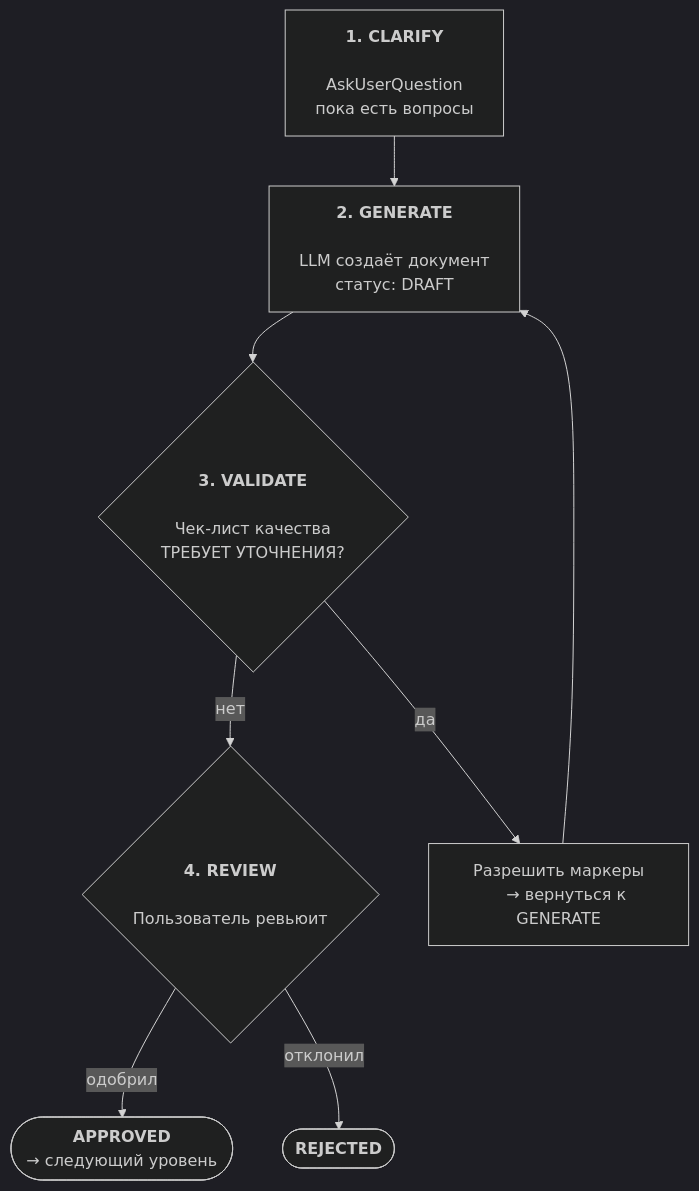
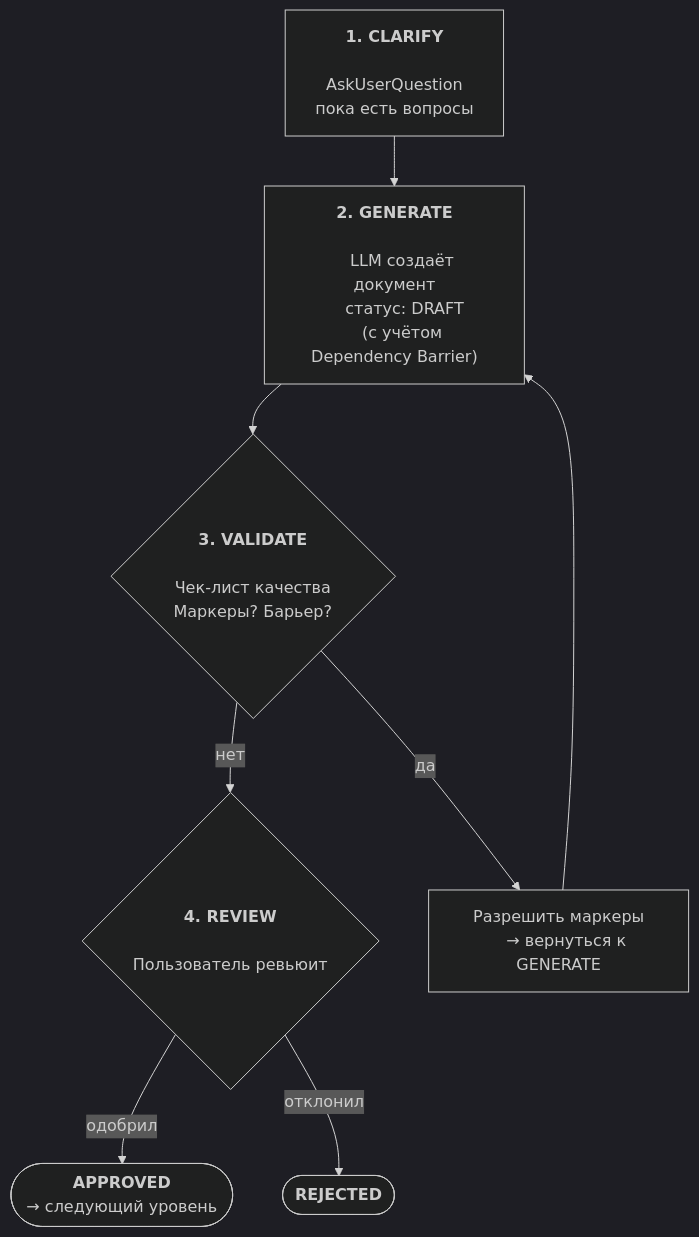
The third of 5 diagrams in .claude/drafts/2026-02-08-specs-architecture.md (NSEvteev/FullSpec), drawn with Mermaid (dark theme) before and after one commit. The commit also changed other lines of this file and 1 other file, not shown here.

First line of the commit message:
docs: актуализация архитектуры specs/ — 6 уровней, ATDD, Dependency Barrier

````diff
--- a/.claude/drafts/2026-02-08-specs-architecture.md
+++ b/.claude/drafts/2026-02-08-specs-architecture.md
@@ -303,37 +289,38 @@
 ```mermaid
 graph TD
     C["<b>1. CLARIFY</b>
 
     AskUserQuestion
     пока есть вопросы"]
 
     G["<b>2. GENERATE</b>
 
     LLM создаёт документ
-    статус: DRAFT"]
+    статус: DRAFT
+    (с учётом Dependency Barrier)"]
 
     V{"<b>3. VALIDATE</b>
 
     Чек-лист качества
-    ТРЕБУЕТ УТОЧНЕНИЯ?"}
+    Маркеры? Барьер?"}
 
     FIX["Разрешить маркеры
     → вернуться к GENERATE"]
 
     R{"<b>4. REVIEW</b>
 
     Пользователь ревьюит"}
 
     APP(["<b>APPROVED</b>
     → следующий уровень"])
 
     REJ(["<b>REJECTED</b>"])
 
     C --> G
     G --> V
     V -- "нет" --> R
     V -- "да" --> FIX
     FIX --> G
     R -- "одобрил" --> APP
     R -- "отклонил" --> REJ
 ```
````
